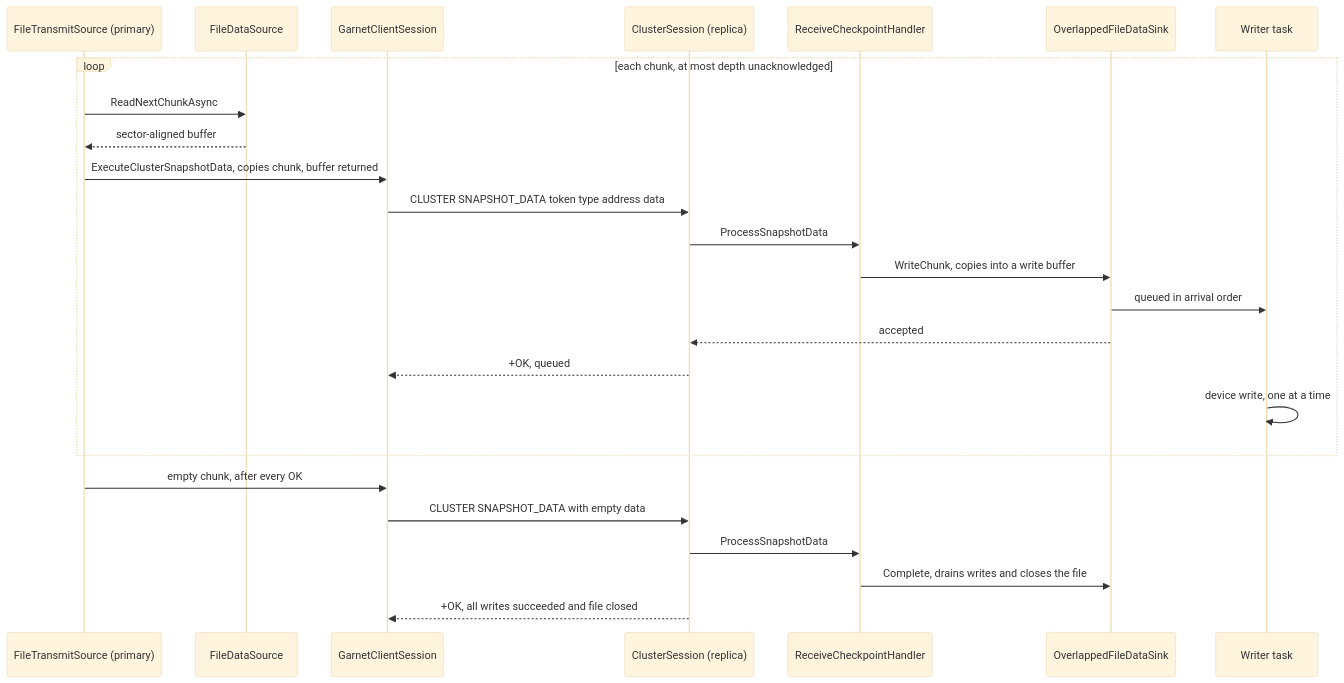
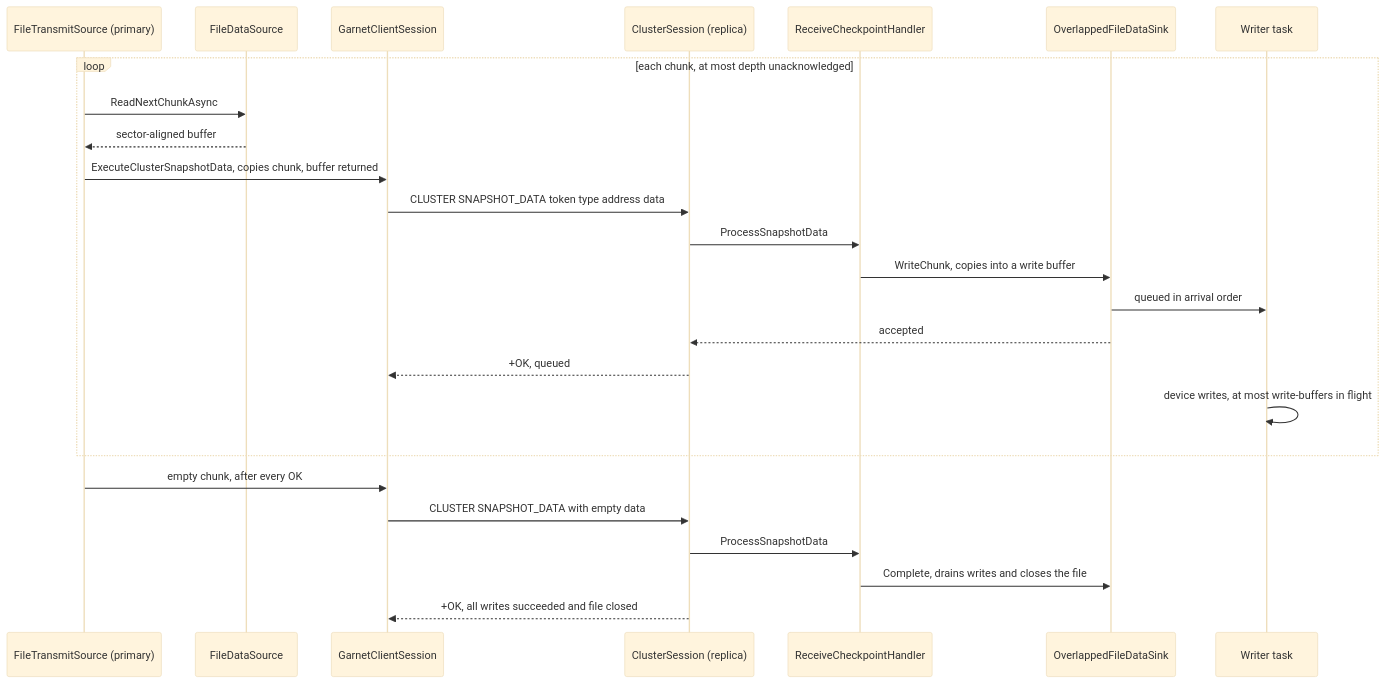
Before and after one commit to microsoft/garnet: the diagram in website/docs/dev/cluster/replication.md, drawn with Mermaid (base theme). The commit also changed other lines of this file and 21 other files, not shown here.

````diff
--- a/website/docs/dev/cluster/replication.md
+++ b/website/docs/dev/cluster/replication.md
@@ -94,29 +94,29 @@
 ```mermaid
 sequenceDiagram
     accTitle: Disk-based checkpoint file transfer
     accDescr: A primary pipelines checkpoint chunks to a replica, which acknowledges acceptance and confirms all writes at end of file
     participant T as FileTransmitSource (primary)
     participant S as FileDataSource
     participant C as GarnetClientSession
     participant R as ClusterSession (replica)
     participant H as ReceiveCheckpointHandler
     participant K as OverlappedFileDataSink
     participant W as Writer task
     loop each chunk, at most depth unacknowledged
         T->>S: ReadNextChunkAsync
         S-->>T: sector-aligned buffer
         T->>C: ExecuteClusterSnapshotData, copies chunk, buffer returned
         C->>R: CLUSTER SNAPSHOT_DATA token type address data
         R->>H: ProcessSnapshotData
         H->>K: WriteChunk, copies into a write buffer
         K->>W: queued in arrival order
         K-->>R: accepted
         R-->>C: +OK, queued
-        W->>W: device write, one at a time
+        W->>W: device writes, at most write-buffers in flight
     end
     T->>C: empty chunk, after every OK
     C->>R: CLUSTER SNAPSHOT_DATA with empty data
     R->>H: ProcessSnapshotData
     H->>K: Complete, drains writes and closes the file
     R-->>C: +OK, all writes succeeded and file closed
 ```
````
